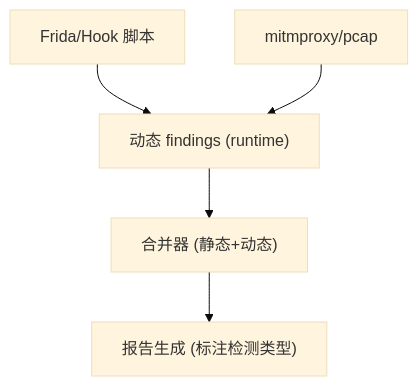
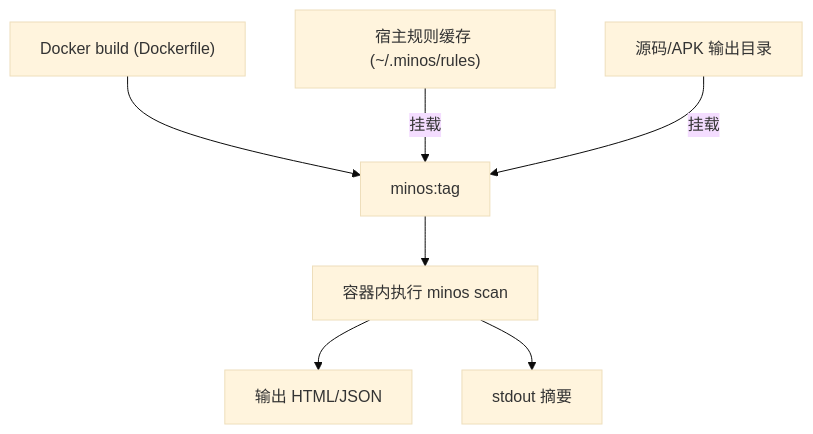
One commit to gengqifu/Minos changed the diagram in .ai/stories/story-7.story.md. Above: the diagram before and after it, drawn with Mermaid (base theme). The commit also changed other lines of this file and 2 other files, not shown here.

````diff
--- a/.ai/stories/story-7.story.md
+++ b/.ai/stories/story-7.story.md
@@ -79,7 +56,9 @@
 ```mermaid
 flowchart TD
-    HOOK["Frida/Hook 脚本"] --> DYN["动态 findings (runtime)"]
-    PROXY["mitmproxy/pcap"] --> DYN
-    DYN --> MERGE["合并器 (静态+动态)"]
-    MERGE --> REPORT["报告生成 (标注检测类型)"]
+    BUILD["Docker build (Dockerfile)"] --> IMG["minos:tag"]
+    RULES["宿主规则缓存 (~/.minos/rules)"] -->|挂载| IMG
+    SRC["源码/APK 输出目录"] -->|挂载| IMG
+    IMG --> RUN["容器内执行 minos scan"]
+    RUN --> REPORT["输出 HTML/JSON"]
+    RUN --> SUMMARY["stdout 摘要"]
 ```
````
